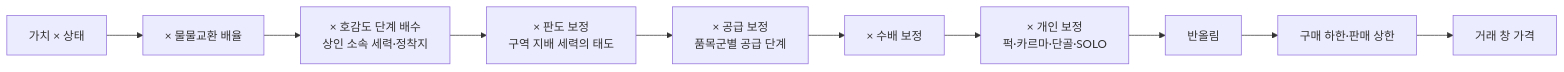
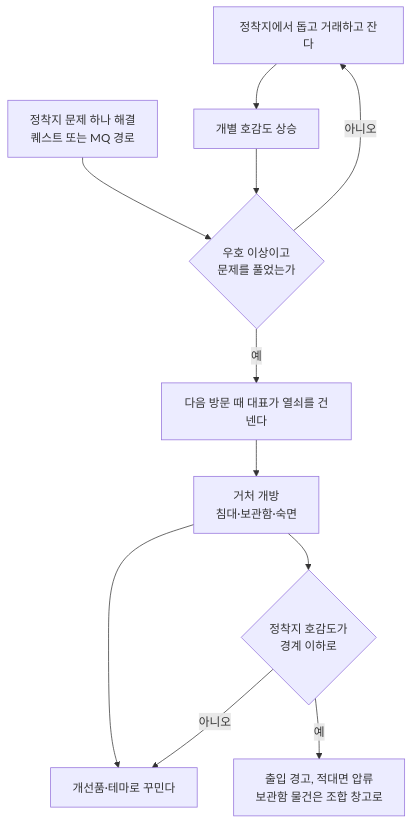
The third of 3 diagrams in docs/seoul-fallout/15_economy.md (forsurvive/003), drawn with Mermaid before and after one commit. The commit also changed other lines of this file and 8 other files, not shown here.

````diff
--- a/docs/seoul-fallout/15_economy.md
+++ b/docs/seoul-fallout/15_economy.md
@@ -225,12 +968,13 @@
 ```mermaid
-flowchart LR
-  V["가치 × 상태"] --> BB["× 물물교환 배율"]
-  BB --> F["× 호감도 단계 배수<br/>상인 소속 세력·정착지"]
-  F --> P["× 판도 보정<br/>구역 지배 세력의 태도"]
-  P --> S["× 공급 보정<br/>품목군별 공급 단계"]
-  S --> W["× 수배 보정"]
-  W --> K["× 개인 보정<br/>퍽·카르마·단골·SOLO"]
-  K --> R["반올림"]
-  R --> C["구매 하한·판매 상한"]
-  C --> OUT["거래 창 가격"]
+flowchart TD
+  A["정착지에서 돕고 거래하고 잔다"] --> B["개별 호감도 상승"]
+  C["정착지 문제 하나 해결<br/>퀘스트 또는 MQ 경로"] --> D{"우호 이상이고<br/>문제를 풀었는가"}
+  B --> D
+  D -->|"아니오"| A
+  D -->|"예"| E["다음 방문 때 대표가 열쇠를 건넨다"]
+  E --> F["거처 개방<br/>침대·보관함·숙면"]
+  F --> G["개선품·테마로 꾸민다"]
+  F --> H{"정착지 호감도가<br/>경계 이하로"}
+  H -->|"예"| I["출입 경고, 적대면 압류<br/>보관함 물건은 조합 창고로"]
+  H -->|"아니오"| G
 ```
````
